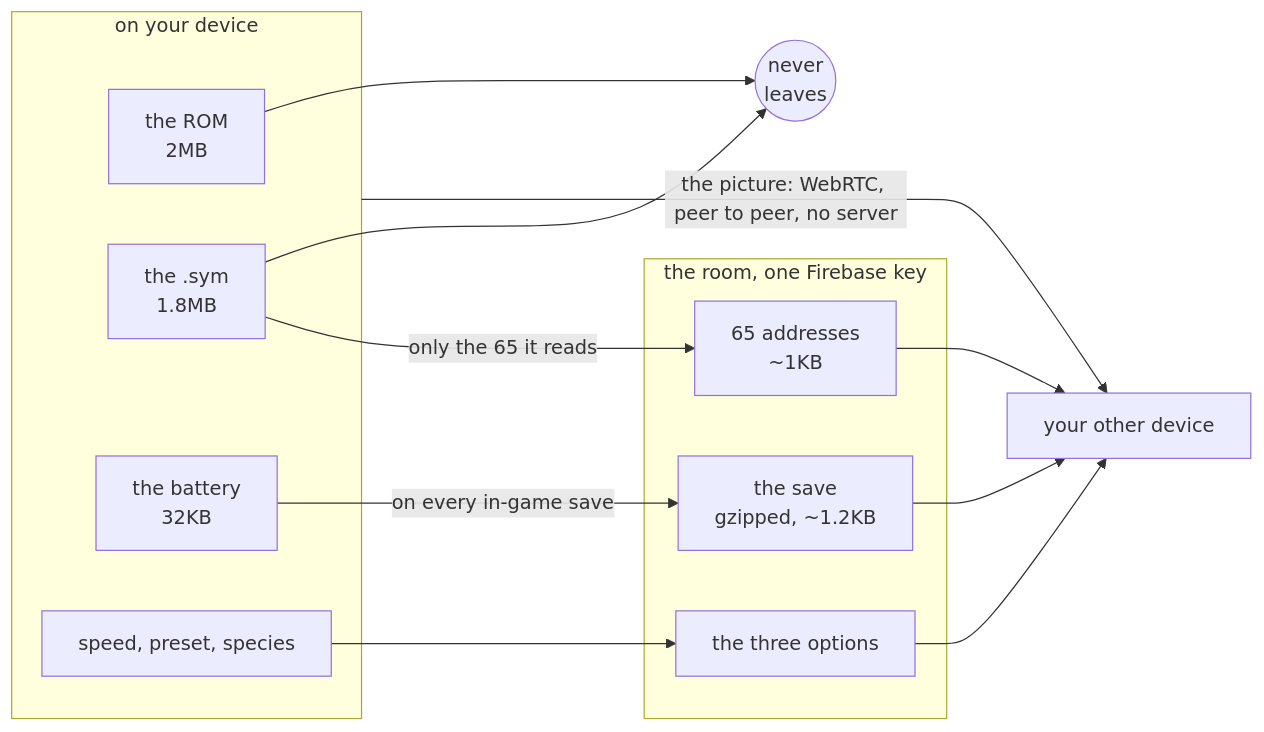
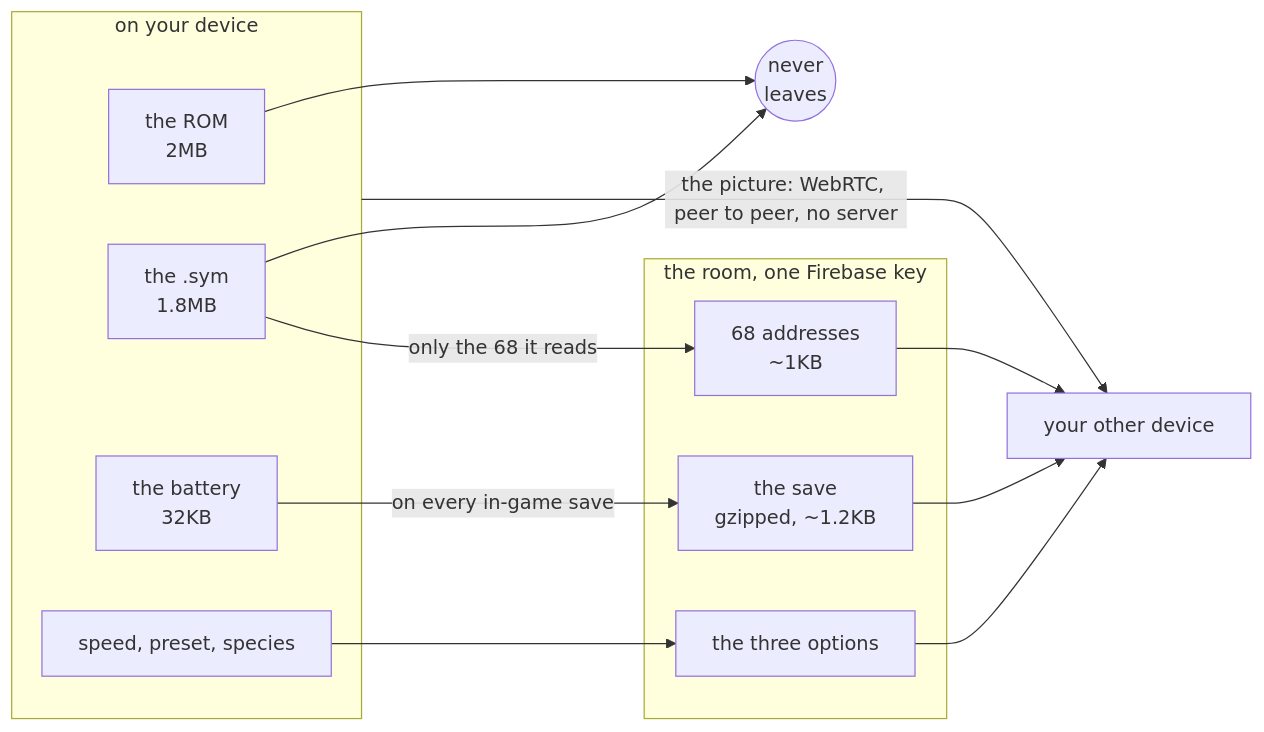
One commit to minormending/crystal-pilot-mobile changed the second of 2 diagrams in docs/DEVICES.md. Above: the diagram before and after it, drawn with Mermaid. The commit also changed other lines of this file and 4 other files, not shown here.

````diff
--- a/docs/DEVICES.md
+++ b/docs/DEVICES.md
@@ -327,25 +327,25 @@
 ```mermaid
 flowchart LR
     subgraph D["on your device"]
         ROM["the ROM<br/>2MB"]
         SYM["the .sym<br/>1.8MB"]
         SAVE["the battery<br/>32KB"]
         OPT["speed, preset, species"]
     end
     STOP(("never<br/>leaves"))
     subgraph R["the room, one Firebase key"]
-        A["65 addresses<br/>~1KB"]
+        A["68 addresses<br/>~1KB"]
         S["the save<br/>gzipped, ~1.2KB"]
         O["the three options"]
     end
     OTHER["your other device"]
     ROM --> STOP
     SYM --> STOP
-    SYM -->|"only the 65 it reads"| A
+    SYM -->|"only the 68 it reads"| A
     SAVE -->|"on every in-game save"| S
     OPT --> O
     A --> OTHER
     S --> OTHER
     O --> OTHER
     D -->|"the picture: WebRTC, peer to peer, no server"| OTHER
 ```
````
